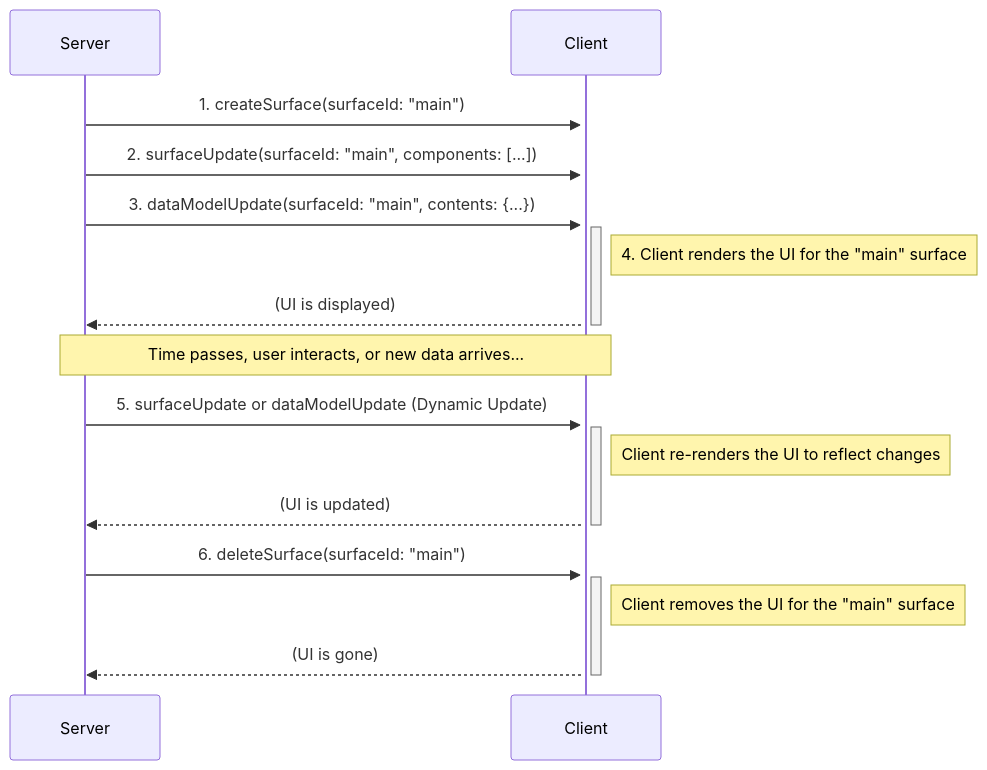
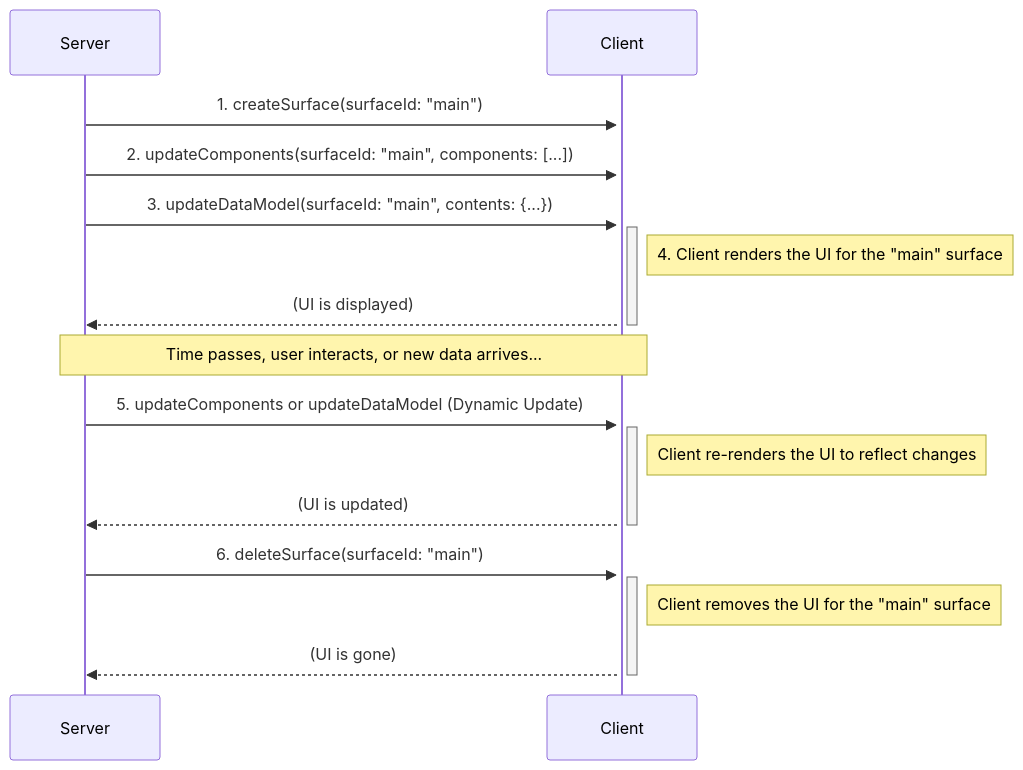
The first of 2 diagrams in specification/0.9/docs/a2ui_protocol.md (anup42/A2UI), drawn with Mermaid before and after one commit. The commit also changed other lines of this file and 7 other files, not shown here.

````diff
--- a/specification/0.9/docs/a2ui_protocol.md
+++ b/specification/0.9/docs/a2ui_protocol.md
@@ -57,21 +57,21 @@
 ```mermaid
 sequenceDiagram
     participant Server
     participant Client
 
     Server->>+Client: 1. createSurface(surfaceId: "main")
-    Server->>+Client: 2. surfaceUpdate(surfaceId: "main", components: [...])
-    Server->>+Client: 3. dataModelUpdate(surfaceId: "main", contents: {...})
+    Server->>+Client: 2. updateComponents(surfaceId: "main", components: [...])
+    Server->>+Client: 3. updateDataModel(surfaceId: "main", contents: {...})
     Note right of Client: 4. Client renders the UI for the "main" surface
     Client-->>-Server: (UI is displayed)
 
     Note over Client, Server: Time passes, user interacts, or new data arrives...
 
-    Server->>+Client: 5. surfaceUpdate or dataModelUpdate (Dynamic Update)
+    Server->>+Client: 5. updateComponents or updateDataModel (Dynamic Update)
     Note right of Client: Client re-renders the UI to reflect changes
     Client-->>-Server: (UI is updated)
 
     Server->>+Client: 6. deleteSurface(surfaceId: "main")
     Note right of Client: Client removes the UI for the "main" surface
     Client-->>-Server: (UI is gone)
 ```
````
